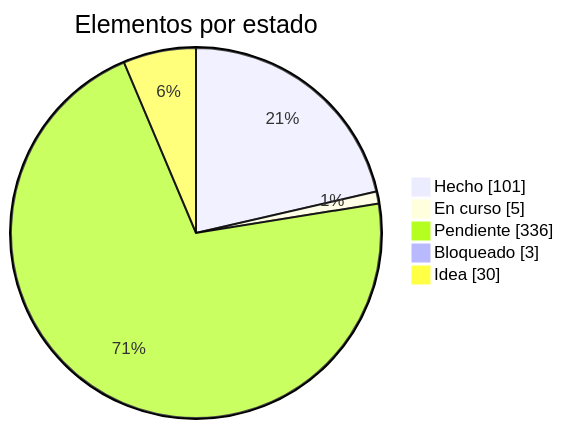
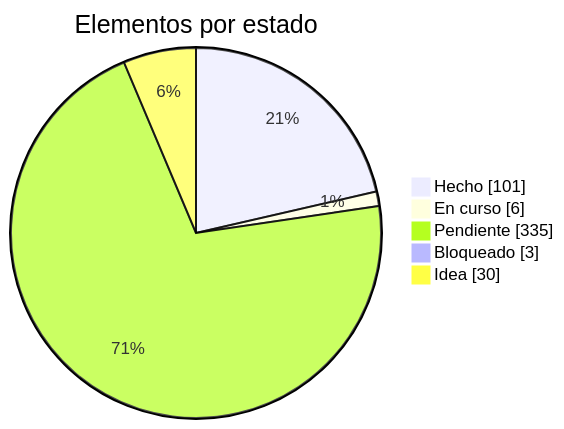
The first of 2 diagrams in docs/roadmap.md (dariogea/BM27), drawn with Mermaid before and after one commit. The commit also changed other lines of this file and 11 other files, not shown here.

````diff
--- a/docs/roadmap.md
+++ b/docs/roadmap.md
@@ -13,8 +13,8 @@
 ```mermaid
 pie showData title Elementos por estado
   "Hecho" : 101
-  "En curso" : 5
-  "Pendiente" : 336
+  "En curso" : 6
+  "Pendiente" : 335
   "Bloqueado" : 3
   "Idea" : 30
 ```
````
